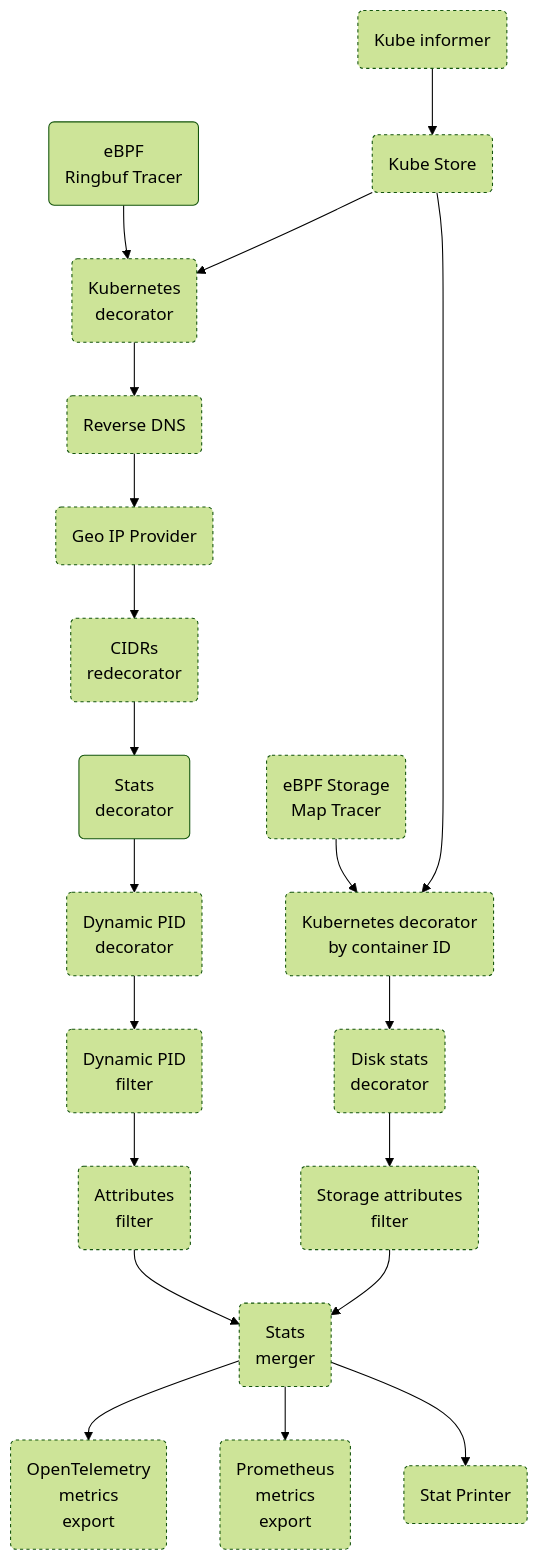
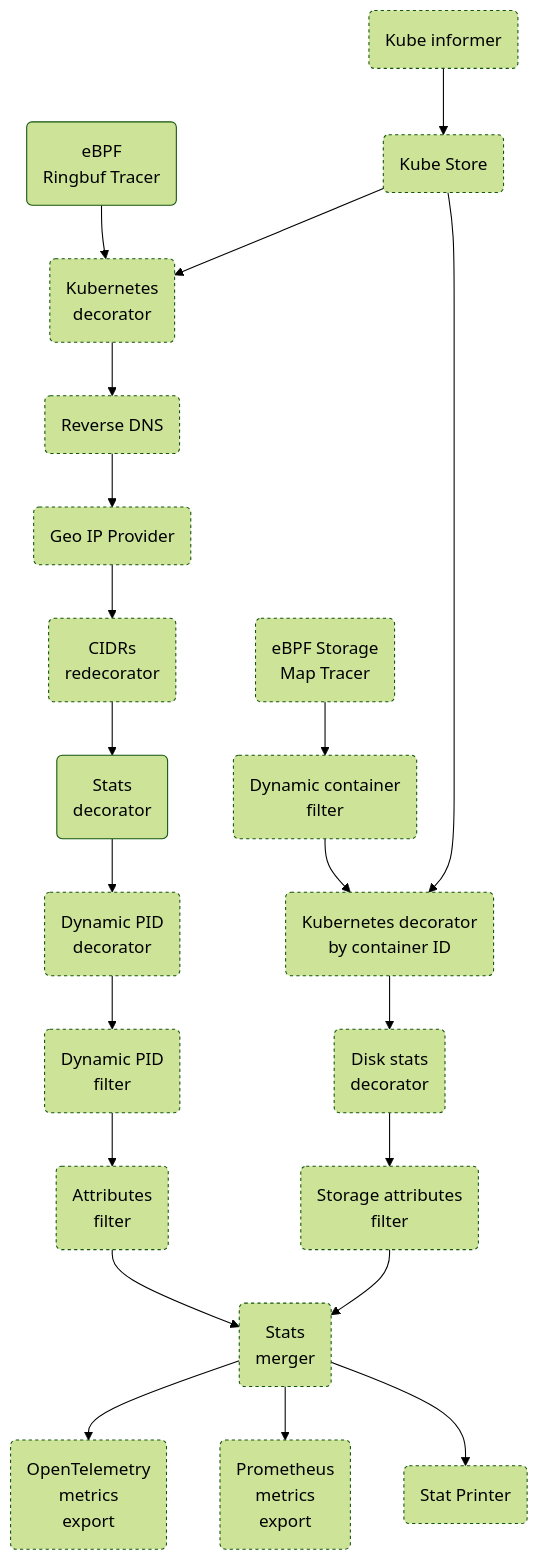
The third of 3 diagrams in devdocs/pipeline-map.md (TheDwingMAN/opentelemetry-ebpf-instrumentation), drawn with Mermaid (forest theme) before and after one commit. The commit also changed 16 other files, not shown here.

````diff
--- a/devdocs/pipeline-map.md
+++ b/devdocs/pipeline-map.md
@@ -103,23 +103,24 @@
 ```mermaid
 flowchart TD
     classDef optional stroke-dasharray: 3 3;
     RT(eBPF<br/>Ringbuf Tracer) --> K8S
     KIN(Kube informer):::optional --> KSTORE
     KSTORE(Kube Store):::optional --> K8S
     K8S(Kubernetes<br/>decorator):::optional --> RDNS
     RDNS(Reverse DNS):::optional --> GeoIP
     GeoIP(Geo IP Provider):::optional --> CIDRS
     CIDRS(CIDRs<br/>redecorator):::optional --> DEC
     DEC(Stats<br/>decorator) --> DPD
     DPD(Dynamic PID<br/>decorator):::optional --> DPF
     DPF(Dynamic PID<br/>filter):::optional --> FLTR
     FLTR(Attributes<br/>filter):::optional --> MRG
-    DMT(eBPF Storage<br/>Map Tracer):::optional --> DK8S
+    DMT(eBPF Storage<br/>Map Tracer):::optional --> DCF
+    DCF(Dynamic container<br/>filter):::optional --> DK8S
     KSTORE --> DK8S
     DK8S(Kubernetes decorator<br/>by container ID):::optional --> DDEC
     DDEC(Disk stats<br/>decorator):::optional --> SFLTR
     SFLTR(Storage attributes<br/>filter):::optional --> MRG
     MRG(Stats<br/>merger):::optional --> OTEL(OpenTelemetry<br/>metrics<br/>export):::optional
     MRG --> PROM(Prometheus<br/>metrics<br/>export):::optional
     MRG --> StatPrinter(Stat Printer):::optional
 ```
````
